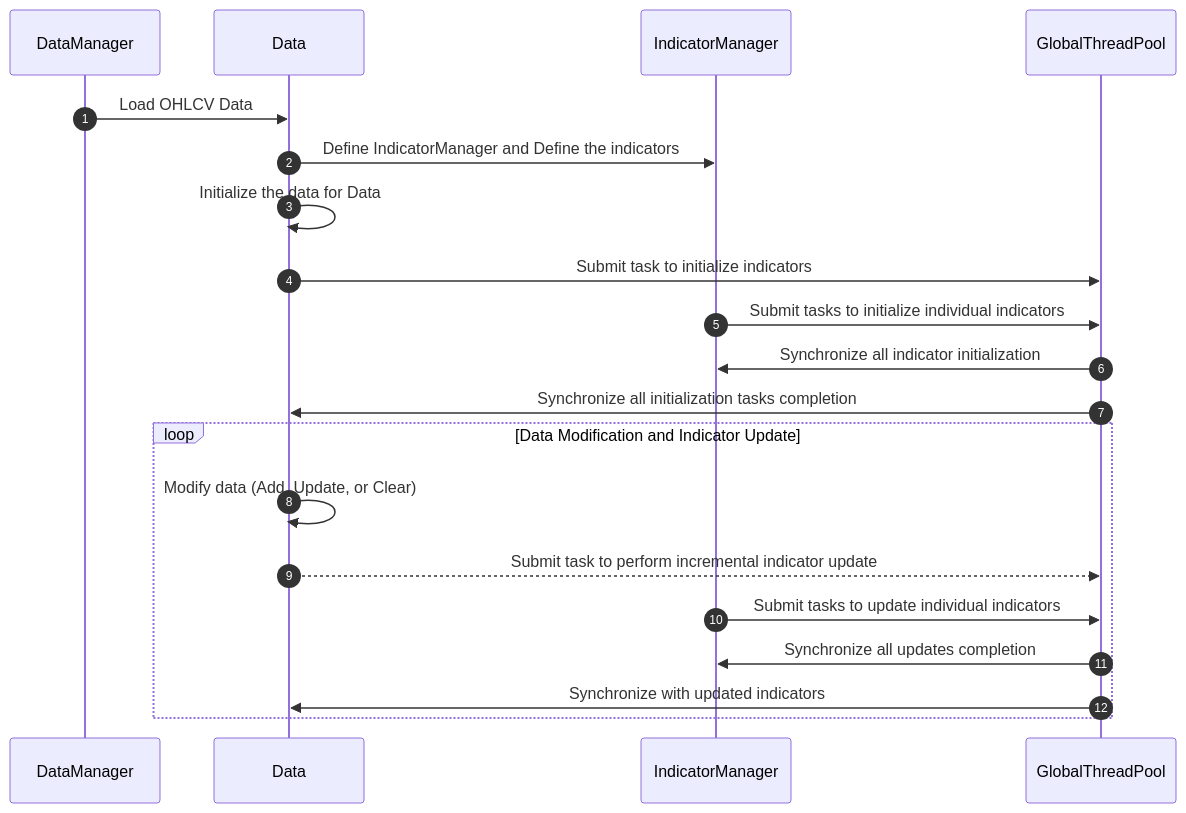
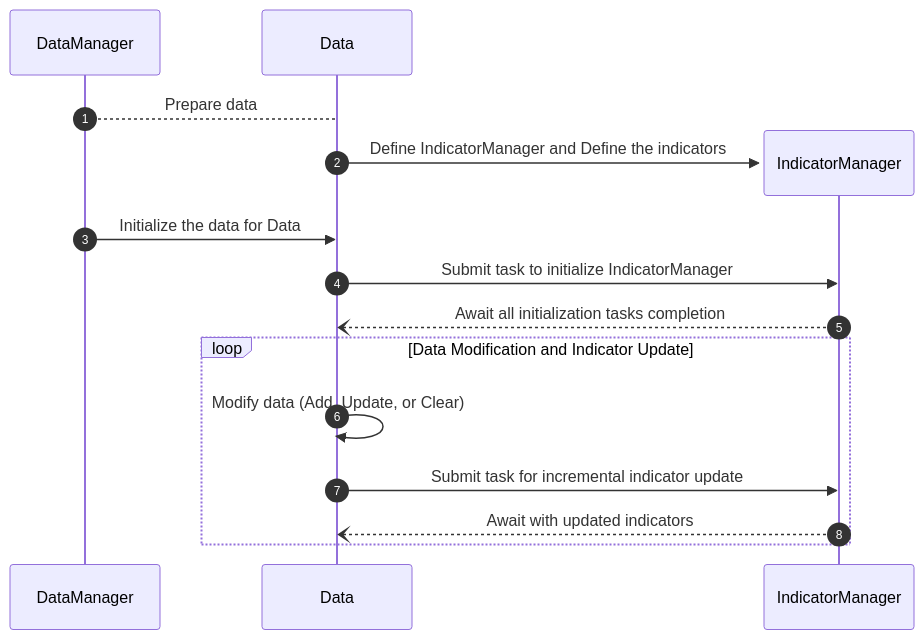
One commit to Qntx/quanta changed the first of 2 diagrams in docs/framework/sigmata/usage.md. Above: the diagram before and after it, drawn with Mermaid. The commit also changed other lines of this file and 2 other files, not shown here.

````diff
--- a/docs/framework/sigmata/usage.md
+++ b/docs/framework/sigmata/usage.md
@@ -24,20 +18,17 @@
-```mermaid
+``` mermaid
 sequenceDiagram
   autonumber
-  DataManager->>Data: Load OHLCV Data
+  DataManager-->Data: Prepare data
+  create participant IndicatorManager
   Data->>IndicatorManager: Define IndicatorManager and Define the indicators
-  Data->>Data: Initialize the data for Data
-  Data->>GlobalThreadPool: Submit task to initialize indicators
-  IndicatorManager->>GlobalThreadPool: Submit tasks to initialize individual indicators
-  GlobalThreadPool->>IndicatorManager: Synchronize all indicator initialization
-  GlobalThreadPool->>Data: Synchronize all initialization tasks completion
+  DataManager->>Data: Initialize the data for Data
+  Data->>IndicatorManager: Submit task to initialize IndicatorManager
+  IndicatorManager--)Data: Await all initialization tasks completion
   
   loop Data Modification and Indicator Update
       Data->>Data: Modify data (Add, Update, or Clear)
-      Data-->>GlobalThreadPool: Submit task to perform incremental indicator update
-      IndicatorManager->>GlobalThreadPool: Submit tasks to update individual indicators
-      GlobalThreadPool->>IndicatorManager: Synchronize all updates completion
-      GlobalThreadPool->>Data: Synchronize with updated indicators
+      Data->>IndicatorManager: Submit task for incremental indicator update
+      IndicatorManager--)Data: Await with updated indicators
   end
 
 ```
````
